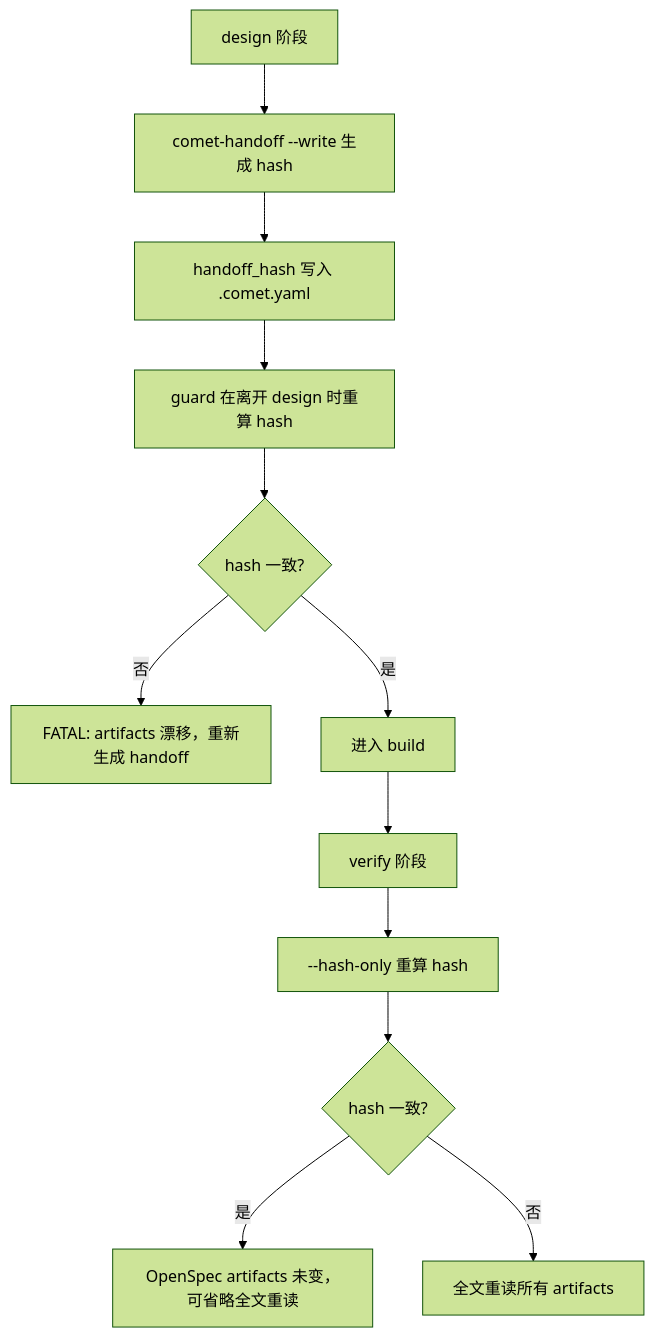
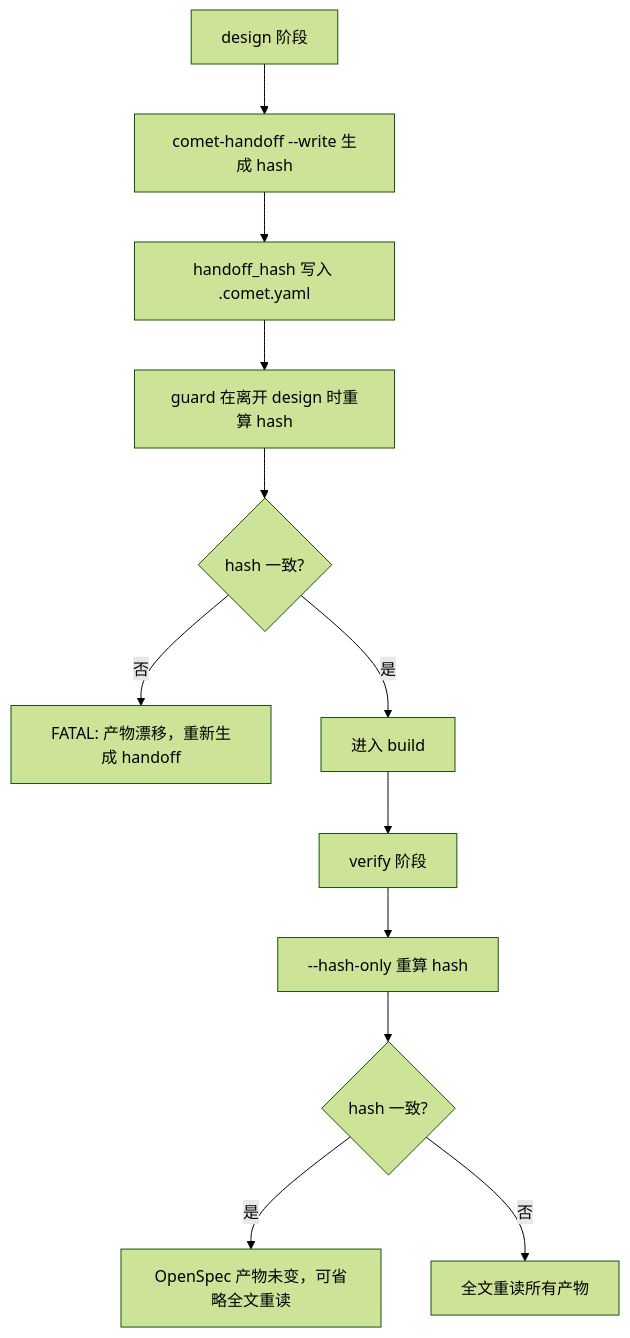
The third of 5 diagrams in zh/concepts/workflow.mdx (rpamis/comet-website-docs), drawn with Mermaid (forest theme) before and after one commit. The commit also changed other lines of this file and 138 other files, not shown here.

````diff
--- a/zh/concepts/workflow.mdx
+++ b/zh/concepts/workflow.mdx
@@ -187,14 +187,14 @@
 ```mermaid
 flowchart TD
   A["design 阶段"] --> B["comet-handoff --write 生成 hash"]
   B --> C["handoff_hash 写入 .comet.yaml"]
   C --> D["guard 在离开 design 时重算 hash"]
     D --> E{"hash 一致?"}
-  E -->|否| F["FATAL: artifacts 漂移，重新生成 handoff"]
+  E -->|否| F["FATAL: 产物漂移，重新生成 handoff"]
   E -->|是| G["进入 build"]
   G --> H["verify 阶段"]
   H --> I["--hash-only 重算 hash"]
   I --> J{"hash 一致?"}
-  J -->|是| K["OpenSpec artifacts 未变，可省略全文重读"]
-  J -->|否| L["全文重读所有 artifacts"]
+  J -->|是| K["OpenSpec 产物未变，可省略全文重读"]
+  J -->|否| L["全文重读所有产物"]
 ```
````
